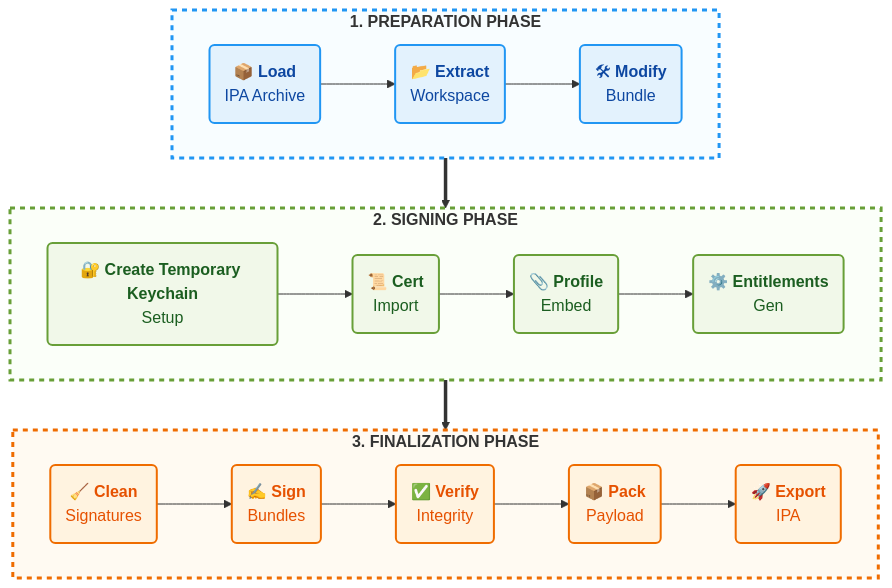
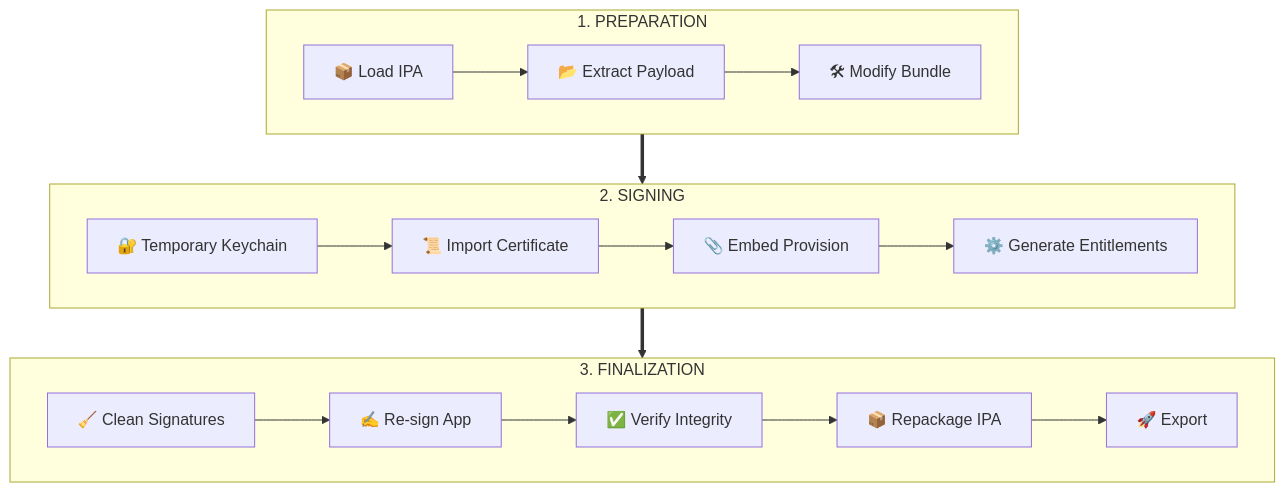
One commit to TechStoriesBlog/ipa-sign-craft changed the diagram in README.md. Above: the diagram before and after it, drawn with Mermaid. The commit also changed other lines of this file and 1 other file, not shown here.

````diff
--- a/README.md
+++ b/README.md
@@ -71,50 +75,36 @@
 ```mermaid
 flowchart TB
-    %% Phase 1: Preparation
-    subgraph Preparation ["<b>1. PREPARATION PHASE</b>"]
+
+    %% Phase 1
+    subgraph Preparation ["1. PREPARATION"]
         direction LR
-        A("📦 <b>Load</b><br/>IPA Archive") 
-        B("📂 <b>Extract</b><br/>Workspace") 
-        C("🛠 <b>Modify</b><br/>Bundle")
+        A["📦 Load IPA"]
+        B["📂 Extract Payload"]
+        C["🛠 Modify Bundle"]
         A --> B --> C
     end
 
-    %% Phase 2: Signing
-    subgraph Signing ["<b>2. SIGNING PHASE</b>"]
+    %% Phase 2
+    subgraph Signing ["2. SIGNING"]
         direction LR
-        D("🔐 <b>Create Temporary Keychain</b><br/>Setup") 
-        E("📜 <b>Cert</b><br/>Import") 
-        F("📎 <b>Profile</b><br/>Embed") 
-        G("⚙️ <b>Entitlements</b><br/>Gen")
+        D["🔐 Temporary Keychain"]
+        E["📜 Import Certificate"]
+        F["📎 Embed Provision"]
+        G["⚙️ Generate Entitlements"]
         D --> E --> F --> G
     end
 
-    %% Phase 3: Finalization
-    subgraph Finalization ["<b>3. FINALIZATION PHASE</b>"]
+    %% Phase 3
+    subgraph Finalization ["3. FINALIZATION"]
         direction LR
-        H("🧹 <b>Clean</b><br/>Signatures") 
-        I("✍️ <b>Sign</b><br/>Bundles") 
-        J("✅ <b>Verify</b><br/>Integrity") 
-        K("📦 <b>Pack</b><br/>Payload") 
-        L("🚀 <b>Export</b><br/>IPA")
+        H["🧹 Clean Signatures"]
+        I["✍️ Re-sign App"]
+        J["✅ Verify Integrity"]
+        K["📦 Repackage IPA"]
+        L["🚀 Export"]
         H --> I --> J --> K --> L
     end
 
-    %% Phase Transitions
     Preparation ==> Signing
     Signing ==> Finalization
-
-    %% Styling Logic
-    classDef prep fill:#E3F2FD,stroke:#2196F3,stroke-width:2px,color:#0D47A1;
-    classDef sign fill:#F1F8E9,stroke:#689F38,stroke-width:2px,color:#1B5E20;
-    classDef final fill:#FFF3E0,stroke:#EF6C00,stroke-width:2px,color:#E65100;
-    
-    %% Style Subgraphs
-    style Preparation fill:#F8FDFF,stroke:#2196F3,stroke-width:3px,stroke-dasharray: 5 5
-    style Signing fill:#FBFFF9,stroke:#689F38,stroke-width:3px,stroke-dasharray: 5 5
-    style Finalization fill:#FFFAF2,stroke:#EF6C00,stroke-width:3px,stroke-dasharray: 5 5
-
-    class A,B,C prep;
-    class D,E,F,G sign;
-    class H,I,J,K,L final;
 ```
````
